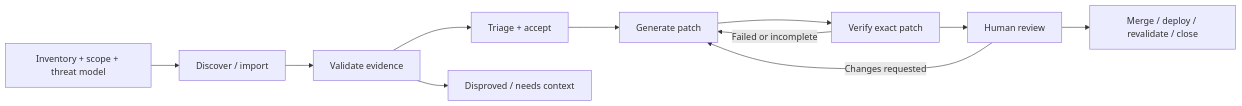
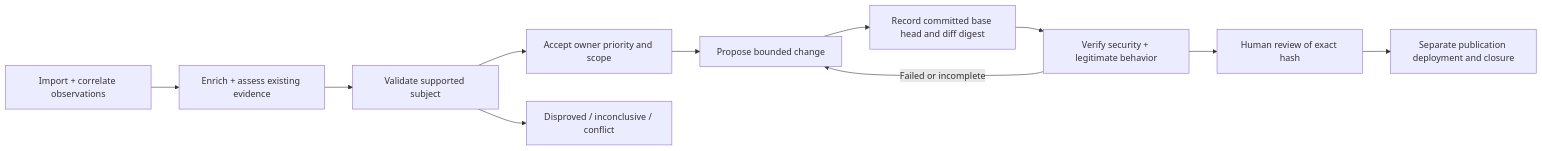
Before and after one commit to markusweldon/openfix: the diagram in docs/prep/diagrams/lifecycle.mmd, drawn with Mermaid. The commit also changed 56 other files, not shown here.

```diff
--- a/docs/prep/diagrams/lifecycle.mmd
+++ b/docs/prep/diagrams/lifecycle.mmd
@@ -1,11 +1,11 @@
 flowchart LR
-  S[Inventory + scope + threat model] --> D[Discover / import]
-  D --> V[Validate evidence]
-  V --> T[Triage + accept]
-  T --> P[Generate patch]
-  P --> X[Verify exact patch]
-  X --> H[Human review]
-  H --> C[Merge / deploy / revalidate / close]
-  V --> Q[Disproved / needs context]
-  X -->|Failed or incomplete| P
-  H -->|Changes requested| P
+  A[Import + correlate observations] --> B[Enrich + assess existing evidence]
+  B --> C[Validate supported subject]
+  C --> D[Accept owner priority and scope]
+  C --> Q[Disproved / inconclusive / conflict]
+  D --> E[Propose bounded change]
+  E --> F[Record committed base head and diff digest]
+  F --> G[Verify security + legitimate behavior]
+  G -->|Failed or incomplete| E
+  G --> H[Human review of exact hash]
+  H --> I[Separate publication deployment and closure]
```
